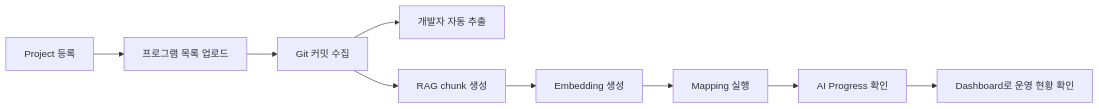
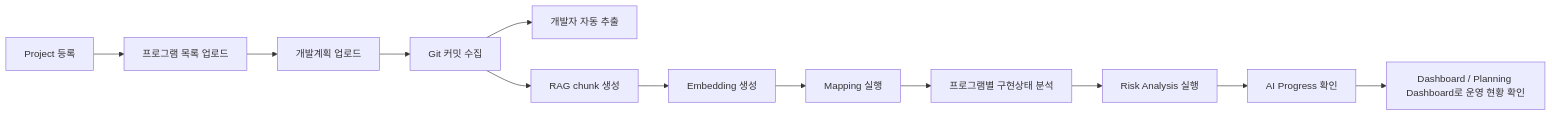
One commit to ino5/ai-commit-advisor-26 changed the seventh of 7 diagrams in README_ARCHITECTURE.md. Above: the diagram before and after it, drawn with Mermaid. The commit also changed other lines of this file, not shown here.

Commit message:
Update architecture documentation

````diff
--- a/README_ARCHITECTURE.md
+++ b/README_ARCHITECTURE.md
@@ -447,11 +547,14 @@
 ```mermaid
 flowchart LR
     A["Project 등록"] --> B["프로그램 목록 업로드"]
-    B --> C["Git 커밋 수집"]
-    C --> D["개발자 자동 추출"]
-    C --> E["RAG chunk 생성"]
-    E --> F["Embedding 생성"]
-    F --> G["Mapping 실행"]
-    G --> H["AI Progress 확인"]
-    H --> I["Dashboard로 운영 현황 확인"]
+    B --> C["개발계획 업로드"]
+    C --> D["Git 커밋 수집"]
+    D --> E["개발자 자동 추출"]
+    D --> F["RAG chunk 생성"]
+    F --> G["Embedding 생성"]
+    G --> H["Mapping 실행"]
+    H --> I["프로그램별 구현상태 분석"]
+    I --> J["Risk Analysis 실행"]
+    J --> K["AI Progress 확인"]
+    K --> L["Dashboard / Planning Dashboard로 운영 현황 확인"]
 ```
````
